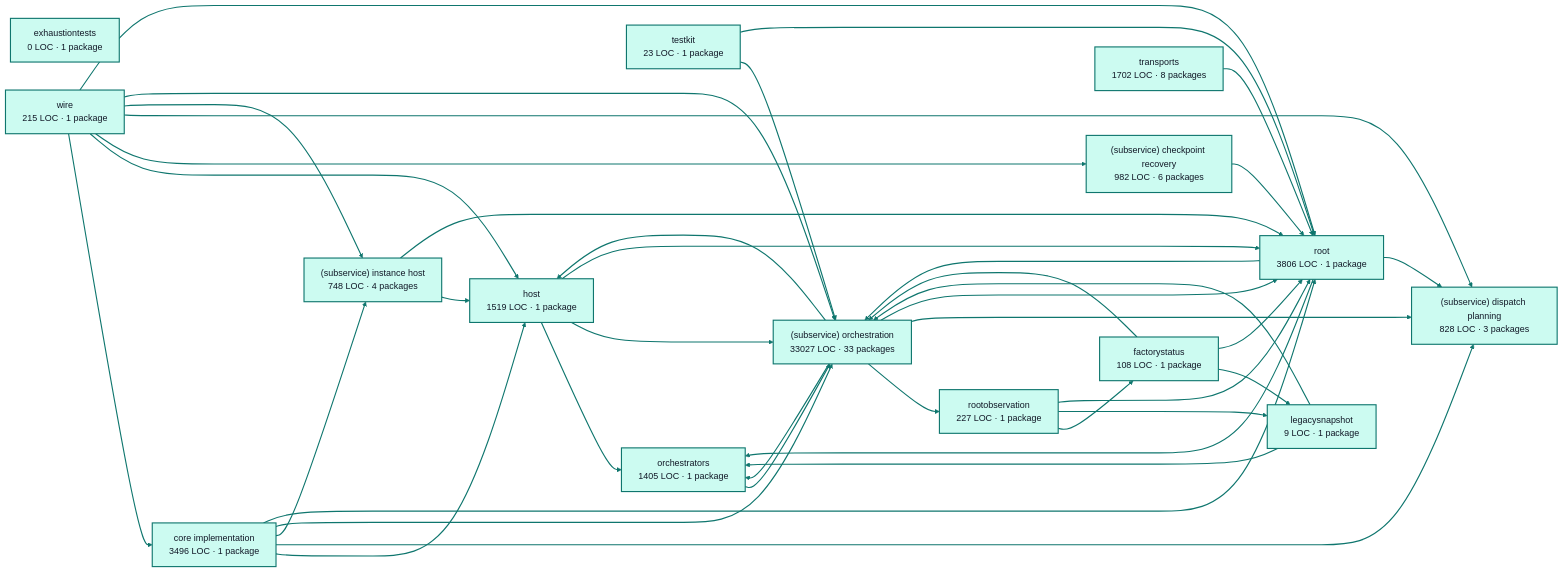
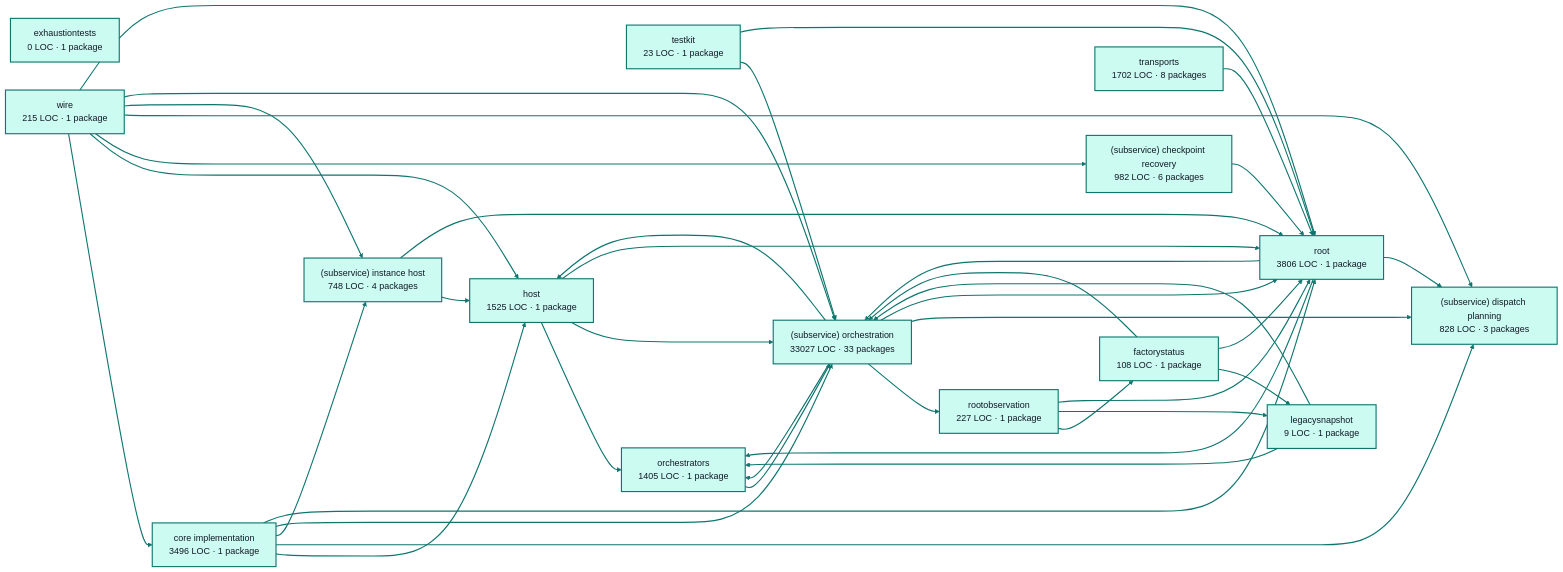
One commit to portpowered/you-agent-factory changed the diagram in docs/architecture/visualizations/services/factory_runtime.md. Above: the diagram before and after it, drawn with Mermaid (neutral theme). The commit also changed other lines of this file and 20 other files, not shown here.

Commit message:
docs: refresh backend architecture visualizations

````diff
--- a/docs/architecture/visualizations/services/factory_runtime.md
+++ b/docs/architecture/visualizations/services/factory_runtime.md
@@ -11,72 +11,72 @@
 ```mermaid
 flowchart LR
   p0["core implementation<br/>3496 LOC · 1 package"]
   p1["exhaustiontests<br/>0 LOC · 1 package"]
   p2["factorystatus<br/>108 LOC · 1 package"]
-  p3["host<br/>1519 LOC · 1 package"]
+  p3["host<br/>1525 LOC · 1 package"]
   p4["legacysnapshot<br/>9 LOC · 1 package"]
   p5["orchestrators<br/>1405 LOC · 1 package"]
   p6["rootobservation<br/>227 LOC · 1 package"]
   p7["(subservice) checkpoint recovery<br/>982 LOC · 6 packages"]
   p8["(subservice) dispatch planning<br/>828 LOC · 3 packages"]
   p9["(subservice) instance host<br/>748 LOC · 4 packages"]
   p10["(subservice) orchestration<br/>33027 LOC · 33 packages"]
   p11["testkit<br/>23 LOC · 1 package"]
   p12["root<br/>3806 LOC · 1 package"]
   p13["transports<br/>1702 LOC · 8 packages"]
   p14["wire<br/>215 LOC · 1 package"]
   p0 --> p3
   p0 --> p8
   p0 --> p9
   p0 --> p10
   p0 --> p12
   p2 --> p4
   p2 --> p10
   p2 --> p12
   p3 --> p5
   p3 --> p10
   p3 --> p12
   p4 --> p5
   p4 --> p10
   p5 --> p10
   p6 --> p2
   p6 --> p4
   p6 --> p12
   p7 --> p12
   p9 --> p3
   p9 --> p12
   p10 --> p3
   p10 --> p5
   p10 --> p6
   p10 --> p8
   p10 --> p12
   p11 --> p10
   p11 --> p12
   p12 --> p5
   p12 --> p8
   p12 --> p10
   p13 --> p12
   p14 --> p0
   p14 --> p3
   p14 --> p7
   p14 --> p8
   p14 --> p9
   p14 --> p10
   p14 --> p12
   style p0 fill:#ccfbf1,stroke:#0f766e,stroke-width:2px,color:#111827
   style p1 fill:#ccfbf1,stroke:#0f766e,stroke-width:2px,color:#111827
   style p2 fill:#ccfbf1,stroke:#0f766e,stroke-width:2px,color:#111827
   style p3 fill:#ccfbf1,stroke:#0f766e,stroke-width:2px,color:#111827
   style p4 fill:#ccfbf1,stroke:#0f766e,stroke-width:2px,color:#111827
   style p5 fill:#ccfbf1,stroke:#0f766e,stroke-width:2px,color:#111827
   style p6 fill:#ccfbf1,stroke:#0f766e,stroke-width:2px,color:#111827
   style p7 fill:#ccfbf1,stroke:#0f766e,stroke-width:2px,color:#111827
   style p8 fill:#ccfbf1,stroke:#0f766e,stroke-width:2px,color:#111827
   style p9 fill:#ccfbf1,stroke:#0f766e,stroke-width:2px,color:#111827
   style p10 fill:#ccfbf1,stroke:#0f766e,stroke-width:2px,color:#111827
   style p11 fill:#ccfbf1,stroke:#0f766e,stroke-width:2px,color:#111827
   style p12 fill:#ccfbf1,stroke:#0f766e,stroke-width:2px,color:#111827
   style p13 fill:#ccfbf1,stroke:#0f766e,stroke-width:2px,color:#111827
   style p14 fill:#ccfbf1,stroke:#0f766e,stroke-width:2px,color:#111827
   linkStyle default stroke:#0f766e,stroke-width:2px
 ```
````
